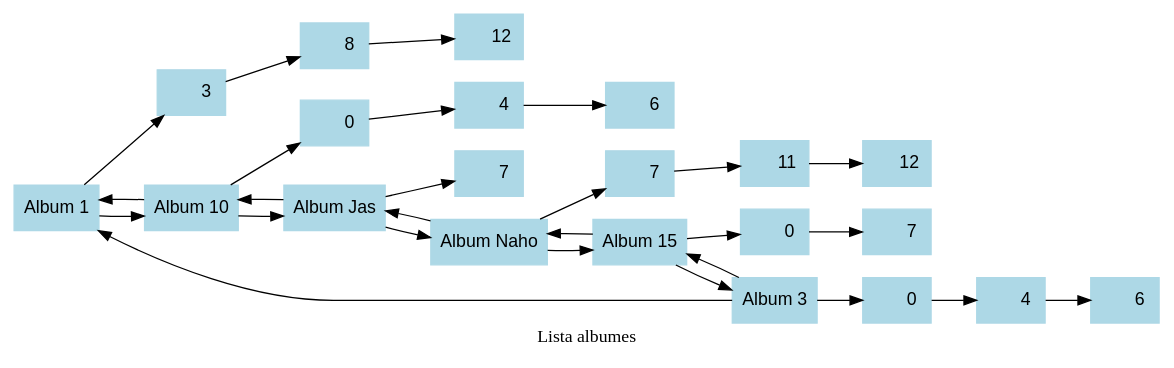
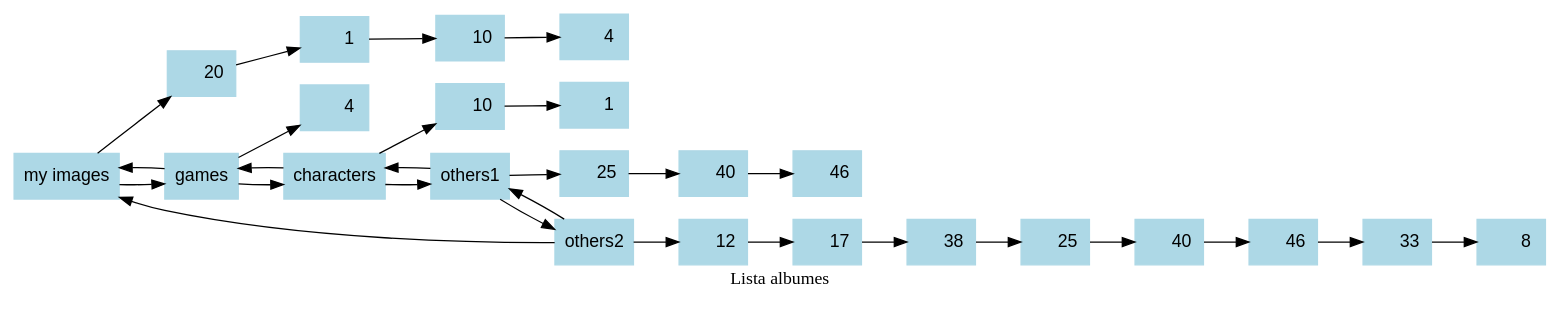
One commit to Fercho9134/EDD_PROYECTO_202200349 changed the diagram in Fase 2/json-fortran-8.3.0/build/lista_albumes.dot. Above: the diagram before and after it, drawn with Graphviz. The commit also changed 932 other files, not shown here.

```diff
--- a/Fase 2/json-fortran-8.3.0/build/lista_albumes.dot
+++ b/Fase 2/json-fortran-8.3.0/build/lista_albumes.dot
@@ -1,48 +1,52 @@
  digraph G {
  label ="Lista albumes"
  color=orange
  node [shape = box, fontname = "Arial", style = filled, color = "lightblue"]
- "Nodo    0"[label = "Album 1"]
- "Nodo    1"[label = "       3"]
+ "Nodo    0"[label = "my images"]
+ "Nodo    1"[label = "      20"]
  "Nodo    0" -> "Nodo    1";
- "Nodo    3"[label = "       8"]
+ "Nodo    3"[label = "       1"]
  "Nodo    1" -> "Nodo    3";
- "Nodo    5"[label = "      12"]
+ "Nodo    5"[label = "      10"]
  "Nodo    3" -> "Nodo    5";
- "Nodo    7"[label = "Album 10"]
- "Nodo    8"[label = "       0"]
- "Nodo    7" -> "Nodo    8";
+ "Nodo    7"[label = "       4"]
+ "Nodo    5" -> "Nodo    7";
+ "Nodo    9"[label = "games"]
  "Nodo   10"[label = "       4"]
- "Nodo    8" -> "Nodo   10";
- "Nodo   12"[label = "       6"]
- "Nodo   10" -> "Nodo   12";
- "Nodo    0" -> "Nodo    7";"Nodo    7" -> "Nodo    0";
- "Nodo   14"[label = "Album Jas"]
- "Nodo   15"[label = "       7"]
- "Nodo   14" -> "Nodo   15";
- "Nodo    7" -> "Nodo   14";"Nodo   14" -> "Nodo    7";
- "Nodo   17"[label = "Album Naho"]
- "Nodo   18"[label = "       7"]
+ "Nodo    9" -> "Nodo   10";
+ "Nodo    0" -> "Nodo    9";"Nodo    9" -> "Nodo    0";
+ "Nodo   12"[label = "characters"]
+ "Nodo   13"[label = "      10"]
+ "Nodo   12" -> "Nodo   13";
+ "Nodo   15"[label = "       1"]
+ "Nodo   13" -> "Nodo   15";
+ "Nodo    9" -> "Nodo   12";"Nodo   12" -> "Nodo    9";
+ "Nodo   17"[label = "others1"]
+ "Nodo   18"[label = "      25"]
  "Nodo   17" -> "Nodo   18";
- "Nodo   20"[label = "      11"]
+ "Nodo   20"[label = "      40"]
  "Nodo   18" -> "Nodo   20";
- "Nodo   22"[label = "      12"]
+ "Nodo   22"[label = "      46"]
  "Nodo   20" -> "Nodo   22";
- "Nodo   14" -> "Nodo   17";"Nodo   17" -> "Nodo   14";
- "Nodo   24"[label = "Album 15"]
- "Nodo   25"[label = "       0"]
+ "Nodo   12" -> "Nodo   17";"Nodo   17" -> "Nodo   12";
+ "Nodo   24"[label = "others2"]
+ "Nodo   25"[label = "      12"]
  "Nodo   24" -> "Nodo   25";
- "Nodo   27"[label = "       7"]
+ "Nodo   27"[label = "      17"]
  "Nodo   25" -> "Nodo   27";
+ "Nodo   29"[label = "      38"]
+ "Nodo   27" -> "Nodo   29";
+ "Nodo   31"[label = "      25"]
+ "Nodo   29" -> "Nodo   31";
+ "Nodo   33"[label = "      40"]
+ "Nodo   31" -> "Nodo   33";
+ "Nodo   35"[label = "      46"]
+ "Nodo   33" -> "Nodo   35";
+ "Nodo   37"[label = "      33"]
+ "Nodo   35" -> "Nodo   37";
+ "Nodo   39"[label = "       8"]
+ "Nodo   37" -> "Nodo   39";
  "Nodo   17" -> "Nodo   24";"Nodo   24" -> "Nodo   17";
- "Nodo   29"[label = "Album 3"]
- "Nodo   30"[label = "       0"]
- "Nodo   29" -> "Nodo   30";
- "Nodo   32"[label = "       4"]
- "Nodo   30" -> "Nodo   32";
- "Nodo   34"[label = "       6"]
- "Nodo   32" -> "Nodo   34";
- "Nodo   24" -> "Nodo   29";"Nodo   29" -> "Nodo   24";
- "Nodo   29" -> "Nodo    0";
+ "Nodo   24" -> "Nodo    0";
  rankdir=LR
  }
```
